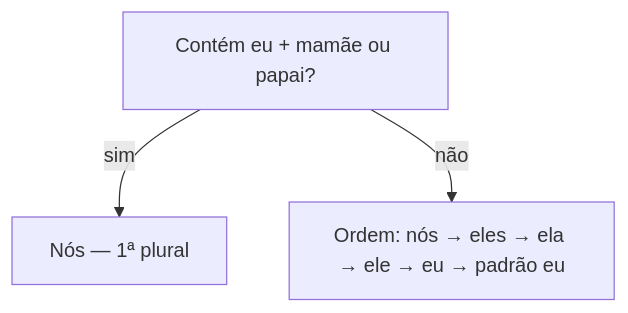
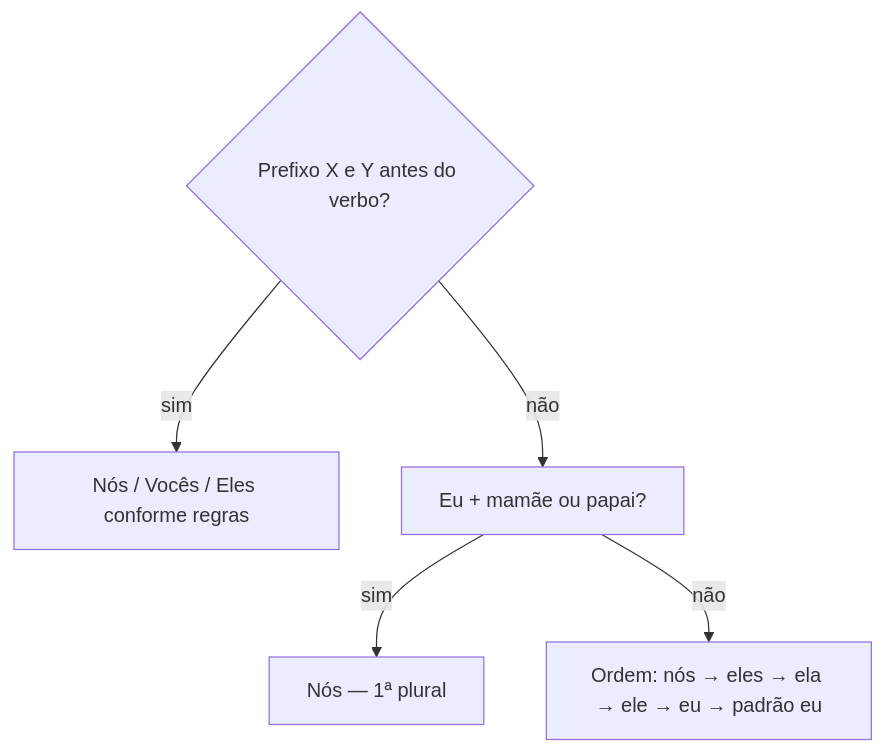
One commit to aac-ai-lab/conjug.ai changed the third of 6 diagrams in docs/diagrama.md. Above: the diagram before and after it, drawn with Mermaid. The commit also changed other lines of this file and 5 other files, not shown here.

First line of the commit message:
Atualiza diagramas e documentação para maior clareza

````diff
--- a/docs/diagrama.md
+++ b/docs/diagrama.md
@@ -51,5 +51,7 @@
 ```mermaid
 flowchart TD
-  S0[Contém eu + mamãe ou papai?] -->|sim| SN[Nós — 1ª plural]
+  SC{Prefixo X e Y antes do verbo?} -->|sim| SC1[Nós / Vocês / Eles conforme regras]
+  SC -->|não| S0[Eu + mamãe ou papai?]
+  S0 -->|sim| SN[Nós — 1ª plural]
   S0 -->|não| S1[Ordem: nós → eles → ela → ele → eu → padrão eu]
 ```
````
